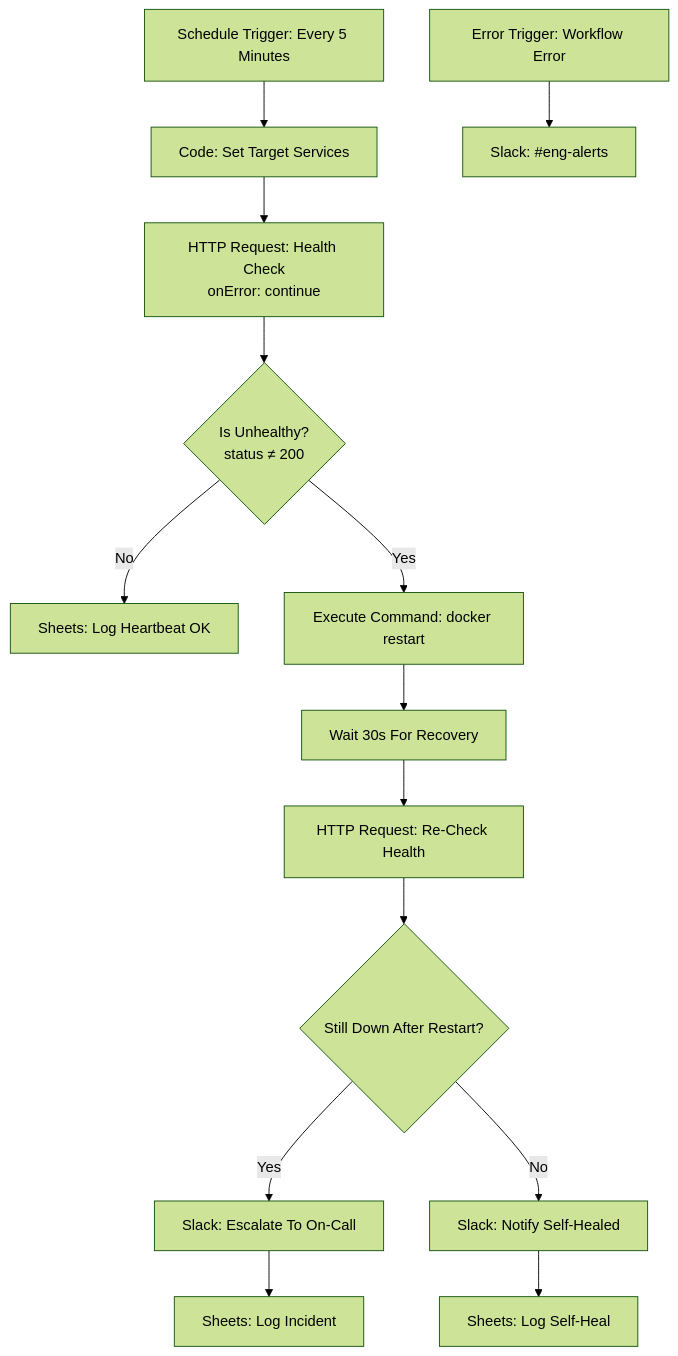
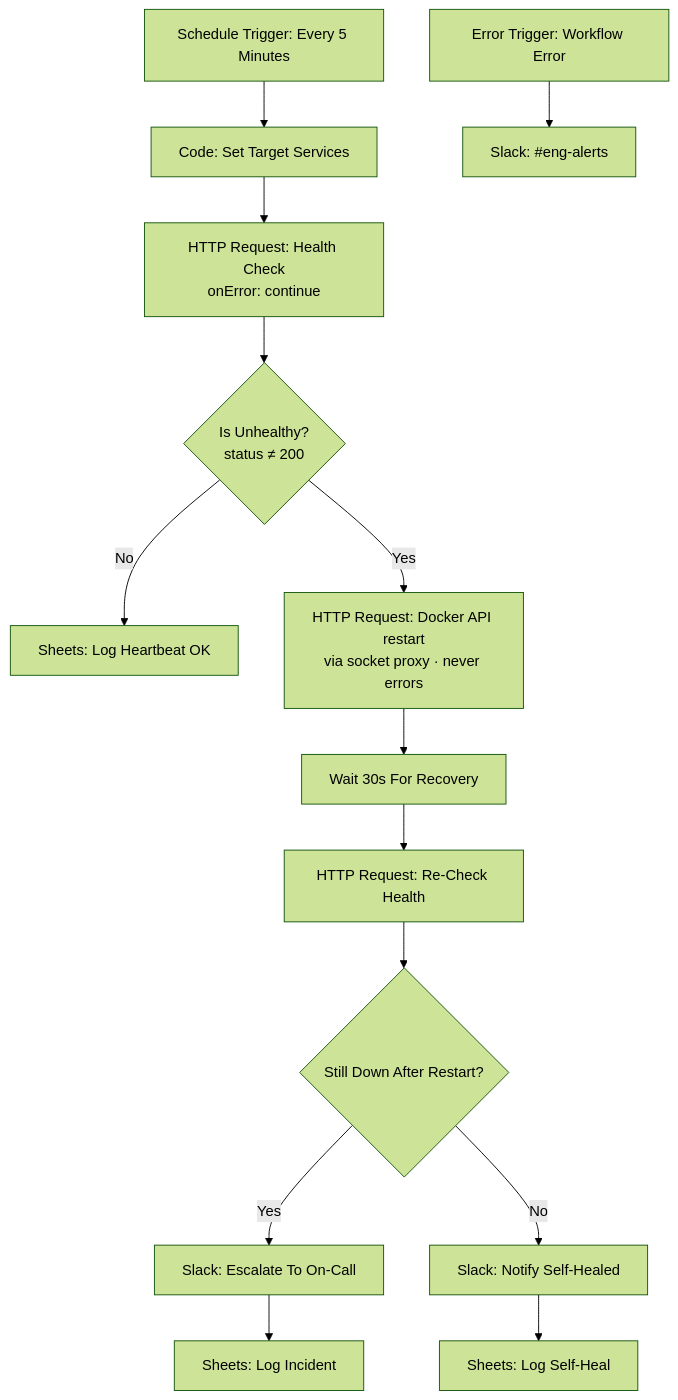
The diagram in project-3-uptime-monitor-auto-remediation/README.md (wicitradyaksa/automation-portfolio), drawn with Mermaid (forest theme) before and after one commit. The commit also changed other lines of this file and 33 other files, not shown here.

````diff
--- a/project-3-uptime-monitor-auto-remediation/README.md
+++ b/project-3-uptime-monitor-auto-remediation/README.md
@@ -33,16 +33,16 @@
 ```mermaid
 graph TD
     A[Schedule Trigger: Every 5 Minutes] --> B[Code: Set Target Services]
     B --> C[HTTP Request: Health Check<br/>onError: continue]
     C --> D{Is Unhealthy?<br/>status ≠ 200}
     D -- No --> E[Sheets: Log Heartbeat OK]
-    D -- Yes --> F[Execute Command: docker restart]
+    D -- Yes --> F[HTTP Request: Docker API restart<br/>via socket proxy · never errors]
     F --> G[Wait 30s For Recovery]
     G --> H[HTTP Request: Re-Check Health]
     H --> I{Still Down After Restart?}
     I -- Yes --> J[Slack: Escalate To On-Call]
     J --> K[Sheets: Log Incident]
     I -- No --> L[Slack: Notify Self-Healed]
     L --> M[Sheets: Log Self-Heal]
     X[Error Trigger: Workflow Error] --> Y[Slack: #eng-alerts]
 ```
````
